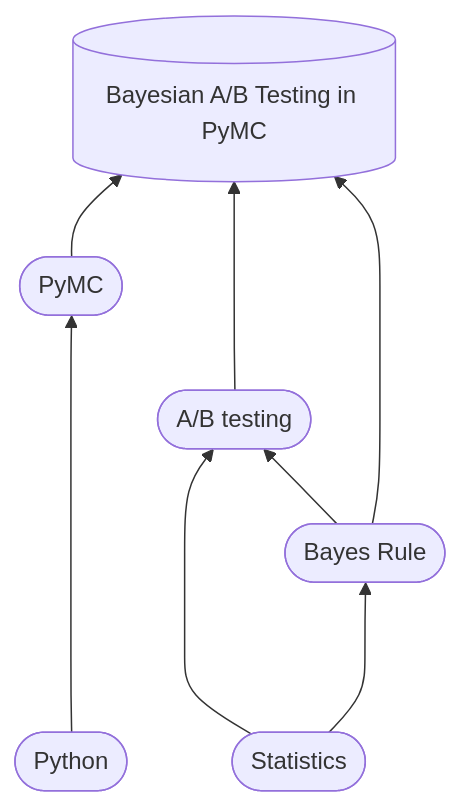
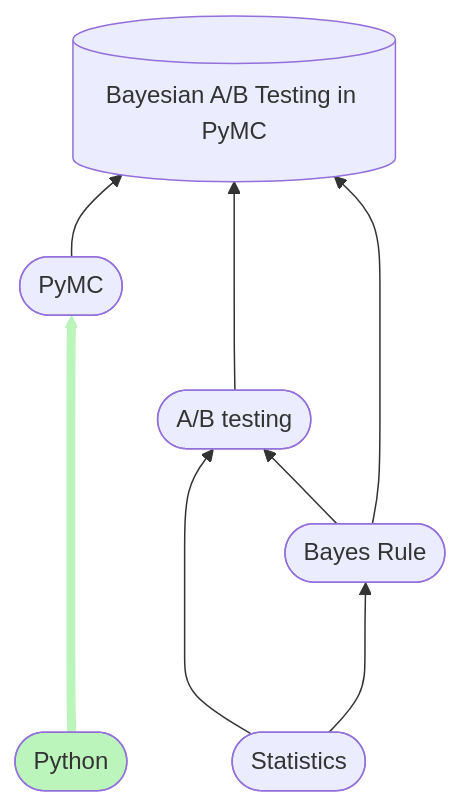
Before and after one commit to epfl-exts/WEF-workshop-2023: the diagram in Day1-01/slide.qmd, drawn with Mermaid. The commit also changed other lines of this file and 4 other files, not shown here.

````diff
--- a/Day1-01/slide.qmd
+++ b/Day1-01/slide.qmd
@@ -69,10 +69,22 @@
 ```{mermaid}
+
 flowchart BT
-  A([Python]) -----> E([PyMC])
-  B([Statistics]) ---> D([A/B testing]) 
-  B([Statistics]) ---> C([Bayes Rule]) 
-  C([Bayes Rule]) --> D([A/B testing])  
-  C([Bayes Rule]) ---> F[(Bayesian A/B Testing in PyMC)]
-  E([PyMC]) --> F[(Bayesian A/B Testing in PyMC)]
-  D([A/B testing])  ---> F[(Bayesian A/B Testing in PyMC)]
+    A([Python]) -----> E([PyMC])
+    B([Statistics])--->D([A/B testing]) 
+    B([Statistics]) ---> C([Bayes Rule]) 
+    C([Bayes Rule]) --> D([A/B testing])  
+    C([Bayes Rule]) ---> F[(Bayesian A/B Testing in PyMC)]
+    E([PyMC]) --> F[(Bayesian A/B Testing in PyMC)]
+    D([A/B testing])  ---> F[(Bayesian A/B Testing in PyMC)]
+    click A "https://github.com/epfl-exts/WEF-workshop-2023/tree/main/Day1-01"
+    click B "https://github.com/epfl-exts/WEF-workshop-2023/tree/main/Day1-02"
+    click C "https://github.com/epfl-exts/WEF-workshop-2023/tree/main/Day1-03"
+    click D "https://github.com/epfl-exts/WEF-workshop-2023/tree/main/Day1-04"
+    click E "https://github.com/epfl-exts/WEF-workshop-2023/tree/main/Day2-01"
+    click F "https://github.com/epfl-exts/WEF-workshop-2023/tree/main/Day2-01"
+    linkStyle 0 stroke:#bcf5bc,stroke-width:6px
+    style A fill:#bcf5bc
+%%    style B fill:#bcf5bc
+%%    style C fill:#bcf5bc
+%%    style D fill:#bcf5bc
 ```
````
